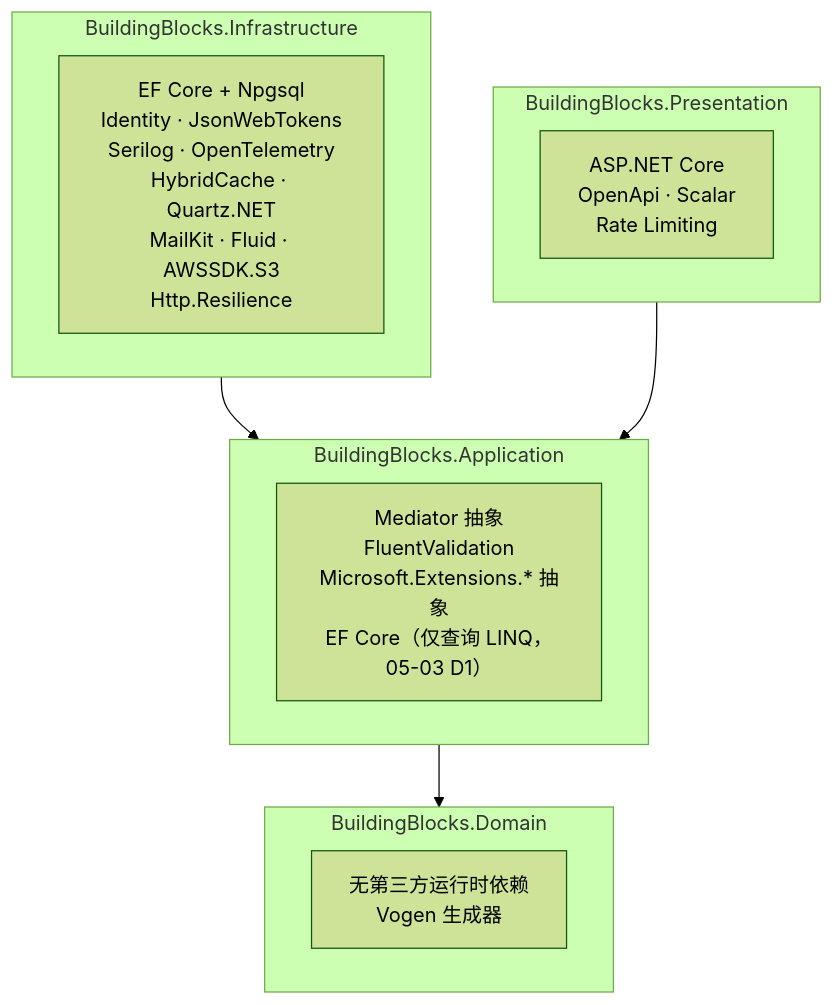
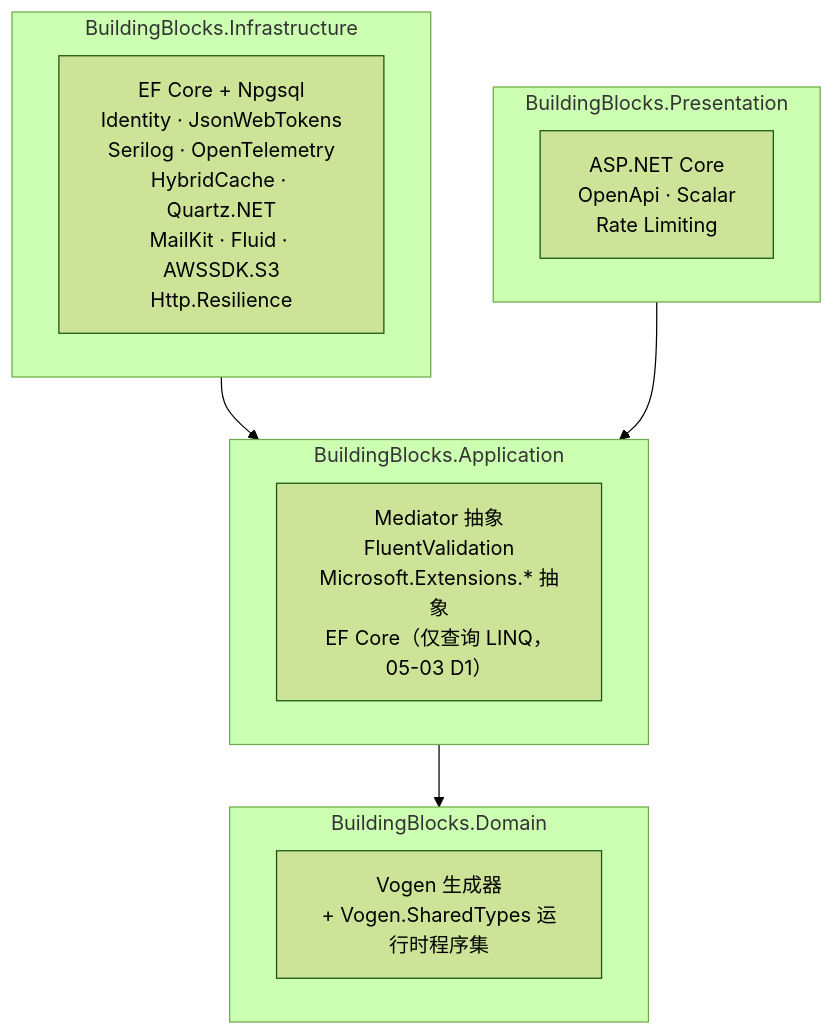
Before and after one commit to gw-hhh/KMIC.Platform: the diagram in docs/framework/03-tech-selection.md, drawn with Mermaid (forest theme). The commit also changed other lines of this file and 50 other files, not shown here.

````diff
--- a/docs/framework/03-tech-selection.md
+++ b/docs/framework/03-tech-selection.md
@@ -324,18 +324,18 @@
 ```mermaid
 graph TD
     subgraph BD[BuildingBlocks.Domain]
-        BD1[无第三方运行时依赖<br/>Vogen 生成器]
+        BD1[Vogen 生成器<br/>+ Vogen.SharedTypes 运行时程序集]
     end
     subgraph BA[BuildingBlocks.Application]
         BA1[Mediator 抽象<br/>FluentValidation<br/>Microsoft.Extensions.* 抽象<br/>EF Core（仅查询 LINQ，05-03 D1）]
     end
     subgraph BI[BuildingBlocks.Infrastructure]
         BI1[EF Core + Npgsql<br/>Identity · JsonWebTokens<br/>Serilog · OpenTelemetry<br/>HybridCache · Quartz.NET<br/>MailKit · Fluid · AWSSDK.S3<br/>Http.Resilience]
     end
     subgraph BP[BuildingBlocks.Presentation]
         BP1[ASP.NET Core<br/>OpenApi · Scalar<br/>Rate Limiting]
     end
     BA --> BD
     BI --> BA
     BP --> BA
 ```
````
